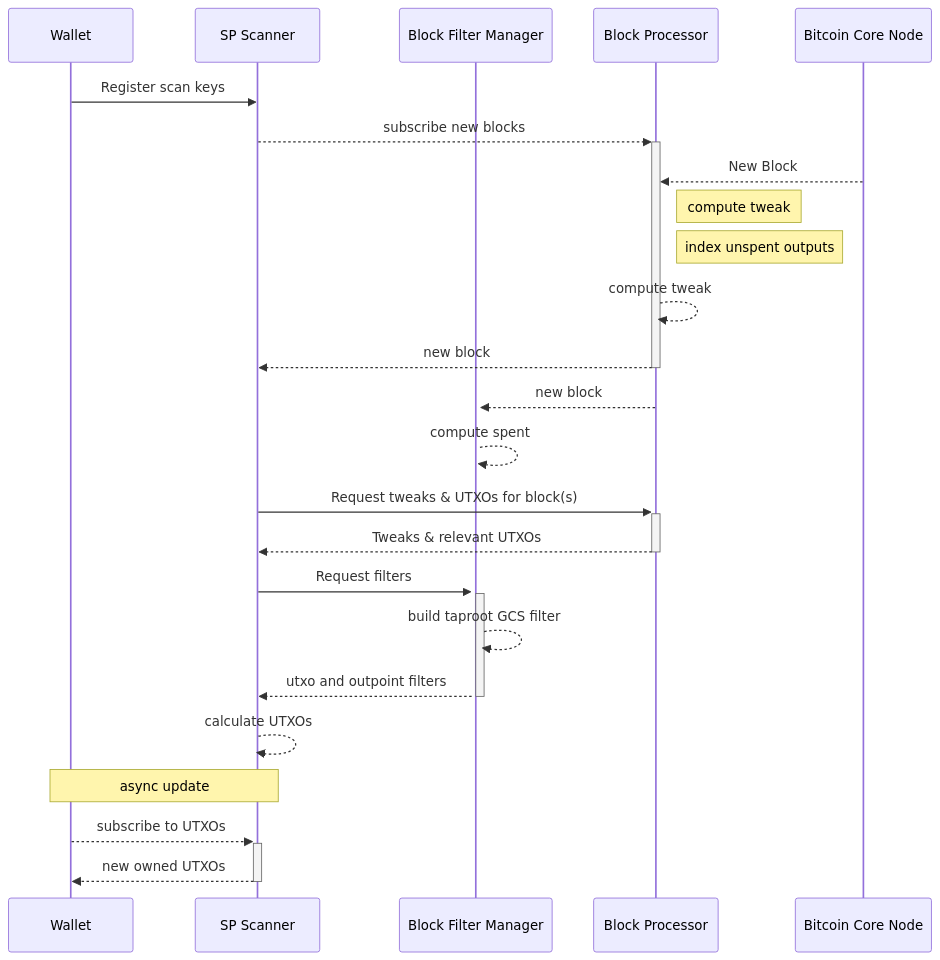
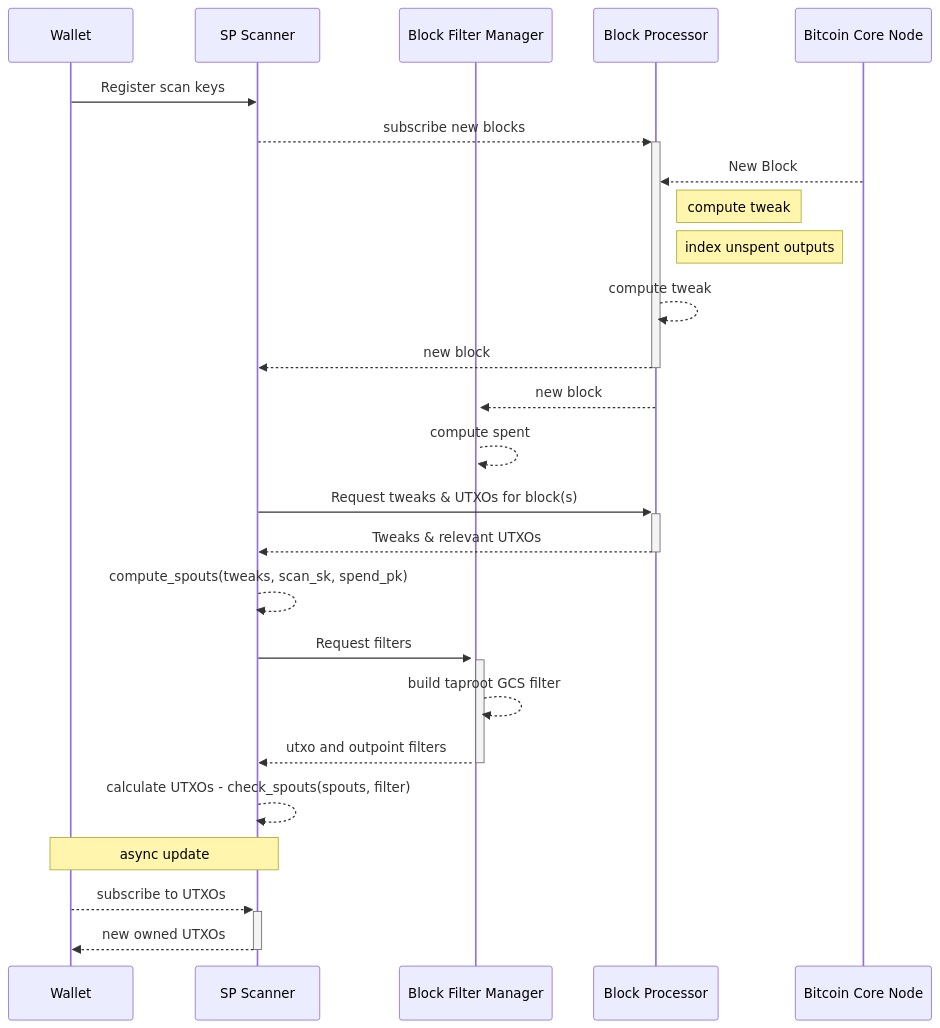
One commit to macgyver13/silent-payments-hub changed the diagram in diagrams/tweak_service_sequence.mmd. Above: the diagram before and after it, drawn with Mermaid. The commit also changed 4 other files, not shown here.

```diff
--- a/diagrams/tweak_service_sequence.mmd
+++ b/diagrams/tweak_service_sequence.mmd
@@ -1,33 +1,34 @@
 sequenceDiagram
     participant Wallet
     participant Scanner as SP Scanner
     participant BFM as Block Filter Manager
     participant BP as Block Processor
     participant BC as Bitcoin Core Node
 
     Wallet->>Scanner: Register scan keys
     Scanner-->>+BP: subscribe new blocks
     
     %% Block Processor syncs with Bitcoin Core Node asynchronously
     BC-->>BP: New Block
     Note right of BP: compute tweak 
     Note right of BP: index unspent outputs
     BP-->>BP: compute tweak
     BP-->>-Scanner: new block
 
     %% Block Filter Manager
     BP-->>+BFM: new block
     BFM-->>BFM: compute spent
 
     %% Wallet requests from Block Processor (does not trigger block fetch)
     Scanner->>+BP: Request tweaks & UTXOs for block(s)
     BP-->>-Scanner: Tweaks & relevant UTXOs
+    Scanner-->>Scanner: compute_spouts(tweaks, scan_sk, spend_pk)
 
     Scanner->>+BFM: Request filters
     BFM-->>BFM: build taproot GCS filter
     BFM-->>-Scanner: utxo and outpoint filters
-    Scanner-->>Scanner: calculate UTXOs
+    Scanner-->>Scanner: calculate UTXOs - check_spouts(spouts, filter)
     
     Note over Wallet,Scanner: async update
     Wallet-->>+Scanner: subscribe to UTXOs
     Scanner-->>-Wallet: new owned UTXOs
```
